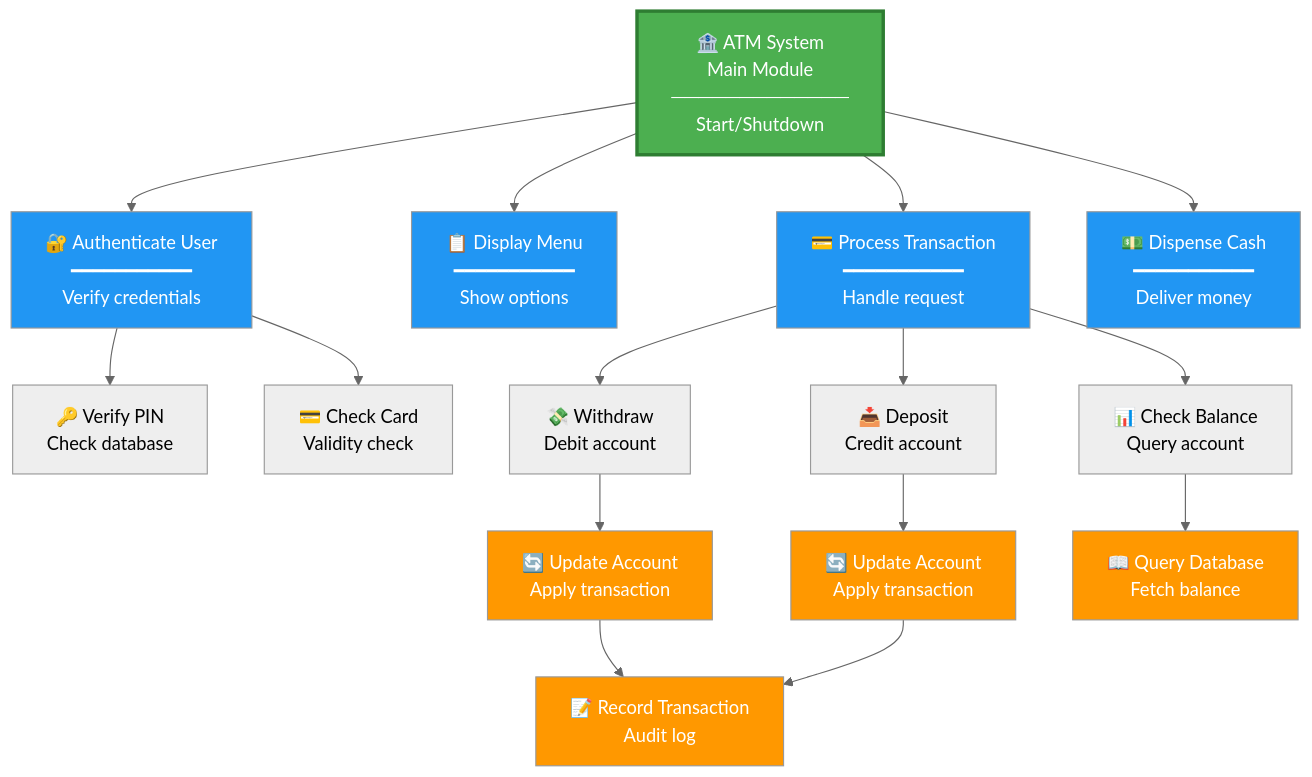
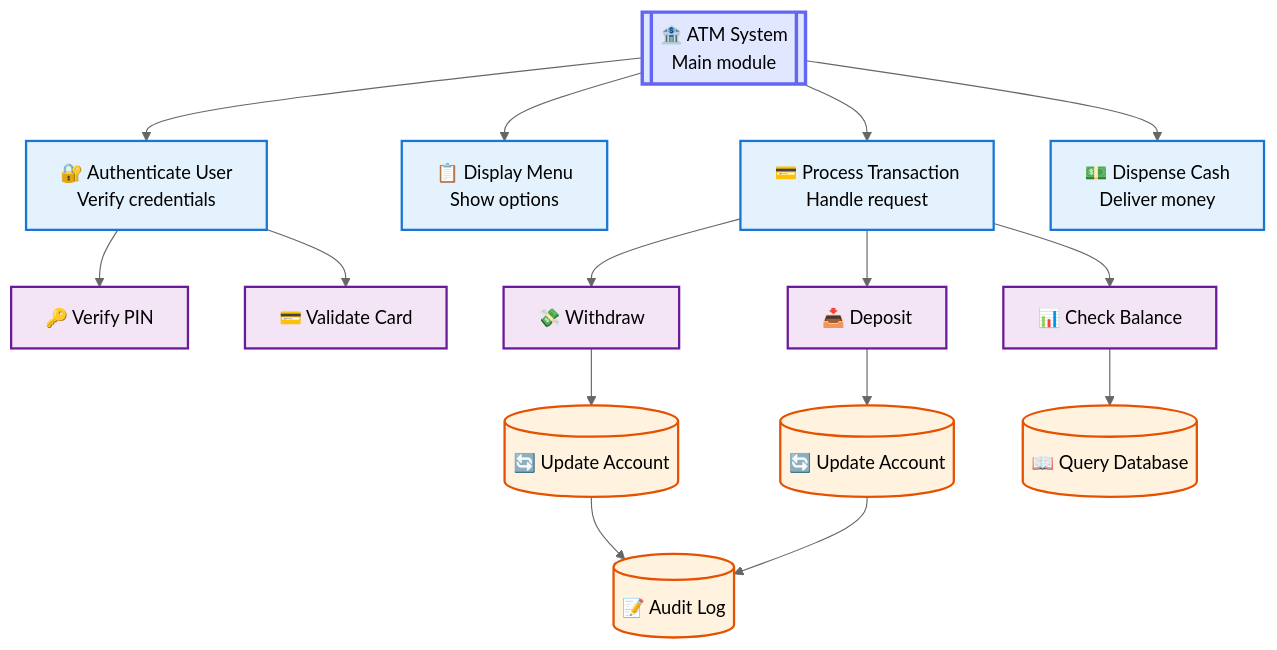
Before and after one commit to 4BZDOG/HSC_SoftwareEngineering: the diagram in diagrams/source-code/system-architecture/atm-structure-chart.mmd, drawn with Mermaid (neutral theme). The commit also changed 14 other files, not shown here.

First line of the commit message:
refactor(diagrams): unify course diagrams with shared design system

```diff
--- a/diagrams/source-code/system-architecture/atm-structure-chart.mmd
+++ b/diagrams/source-code/system-architecture/atm-structure-chart.mmd
@@ -1,31 +1,33 @@
+%% ATM Structure Chart — functional decomposition of an ATM control program
+%% Syllabus: SE-11-02
 graph TD
-    Main["🏦 ATM System<br/>Main Module<br/>─────────────<br/>Start/Shutdown"]
+    Main[["🏦 ATM System<br/>Main module"]]
 
-    Main --> Auth["🔐 Authenticate User<br/>━━━━━━━━━━━<br/>Verify credentials"]
-    Main --> Menu["📋 Display Menu<br/>━━━━━━━━━━━<br/>Show options"]
-    Main --> Trans["💳 Process Transaction<br/>━━━━━━━━━━━<br/>Handle request"]
-    Main --> Disp["💵 Dispense Cash<br/>━━━━━━━━━━━<br/>Deliver money"]
+    Main --> Auth["🔐 Authenticate User<br/>Verify credentials"]
+    Main --> Menu["📋 Display Menu<br/>Show options"]
+    Main --> Trans["💳 Process Transaction<br/>Handle request"]
+    Main --> Disp["💵 Dispense Cash<br/>Deliver money"]
 
-    Auth --> VerifyPIN["🔑 Verify PIN<br/>Check database"]
-    Auth --> CheckCard["💳 Check Card<br/>Validity check"]
+    Auth --> VerifyPIN["🔑 Verify PIN"]
+    Auth --> CheckCard["💳 Validate Card"]
 
-    Trans --> Withdraw["💸 Withdraw<br/>Debit account"]
-    Trans --> Deposit["📥 Deposit<br/>Credit account"]
-    Trans --> Balance["📊 Check Balance<br/>Query account"]
+    Trans --> Withdraw["💸 Withdraw"]
+    Trans --> Deposit["📥 Deposit"]
+    Trans --> Balance["📊 Check Balance"]
 
-    Withdraw --> Update1["🔄 Update Account<br/>Apply transaction"]
-    Deposit --> Update2["🔄 Update Account<br/>Apply transaction"]
-    Balance --> Query["📖 Query Database<br/>Fetch balance"]
+    Withdraw --> UpdateW[("🔄 Update Account")]
+    Deposit  --> UpdateD[("🔄 Update Account")]
+    Balance  --> Query[("📖 Query Database")]
 
-    Update1 --> Record["📝 Record Transaction<br/>Audit log"]
-    Update2 --> Record["📝 Record Transaction<br/>Audit log"]
+    UpdateW --> Record[("📝 Audit Log")]
+    UpdateD --> Record
 
-    style Main fill:#4CAF50,color:#fff,stroke:#2E7D32,stroke-width:3px
-    style Auth fill:#2196F3,color:#fff
-    style Menu fill:#2196F3,color:#fff
-    style Trans fill:#2196F3,color:#fff
-    style Disp fill:#2196F3,color:#fff
-    style Record fill:#FF9800,color:#fff
-    style Update1 fill:#FF9800,color:#fff
-    style Update2 fill:#FF9800,color:#fff
-    style Query fill:#FF9800,color:#fff
+    classDef root    fill:#e0e7ff,stroke:#6366F1,stroke-width:3px
+    classDef level2  fill:#e3f2fd,stroke:#1976D2,stroke-width:2px
+    classDef level3  fill:#f3e5f5,stroke:#6A1B9A,stroke-width:2px
+    classDef data    fill:#fff3e0,stroke:#E65100,stroke-width:2px
+
+    class Main root
+    class Auth,Menu,Trans,Disp level2
+    class VerifyPIN,CheckCard,Withdraw,Deposit,Balance level3
+    class UpdateW,UpdateD,Query,Record data
```
